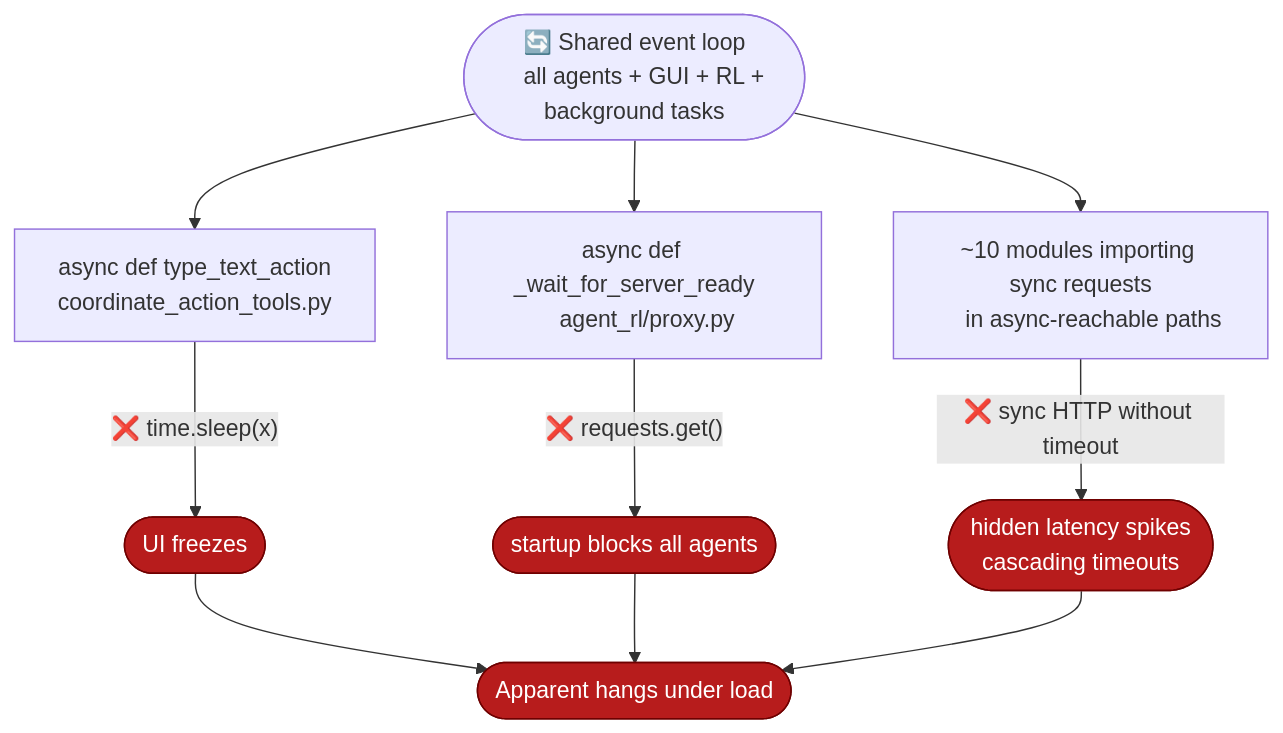
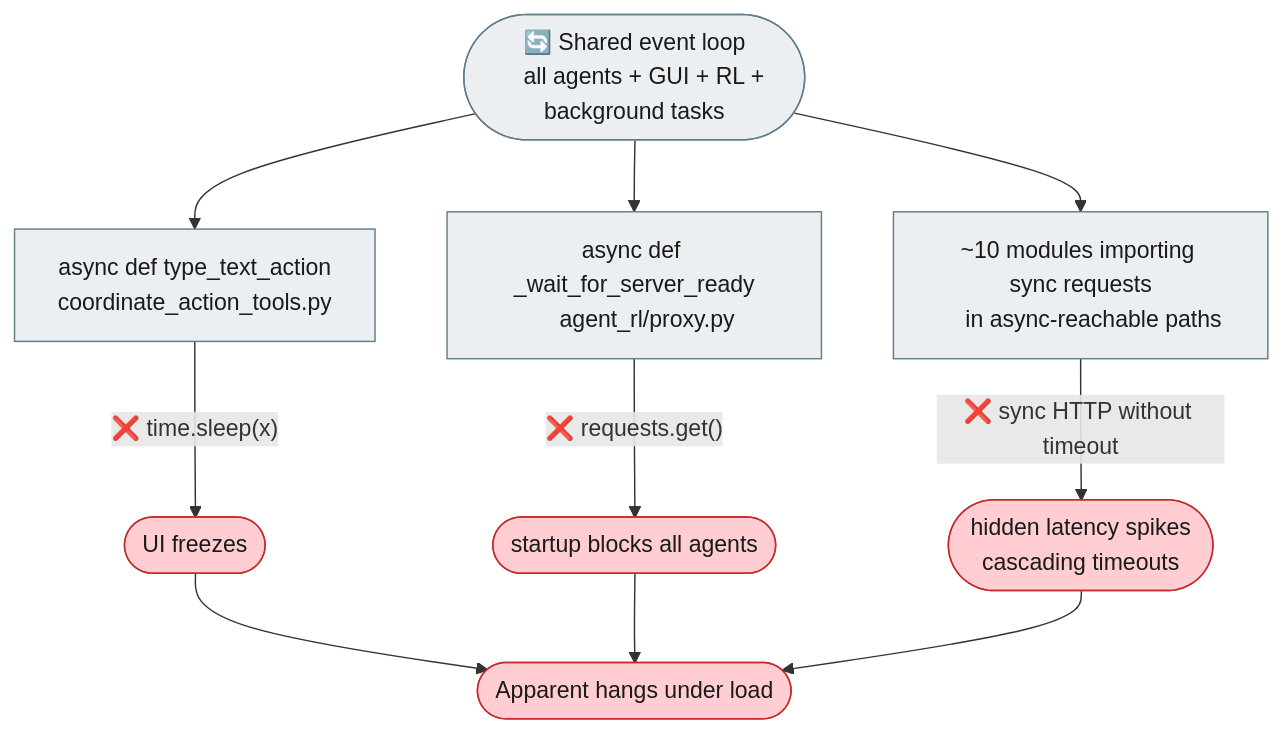
Before and after one commit to michaelatamuk/agentic-desk: the first of 2 diagrams in docs-michael/issues/01-bug-event-loop-blocking-agent-core.md, drawn with Mermaid. The commit also changed other lines of this file and 6 other files, not shown here.

````diff
--- a/docs-michael/issues/01-bug-event-loop-blocking-agent-core.md
+++ b/docs-michael/issues/01-bug-event-loop-blocking-agent-core.md
@@ -31,21 +31,22 @@
 ```mermaid
 flowchart TD
-    classDef fail fill:#B71C1C,color:#fff,stroke:#6f0000
+    classDef fail  fill:#FFCDD2,color:#1a1a1a,stroke:#C62828
+    classDef plain fill:#ECEFF1,color:#1a1a1a,stroke:#607D8B
 
     LOOP(["🔄 Shared event loop
-    all agents + GUI + RL + background tasks"])
+    all agents + GUI + RL + background tasks"]):::plain
 
     LOOP --> A["async def type_text_action
-    coordinate_action_tools.py"]
+    coordinate_action_tools.py"]:::plain
     LOOP --> B["async def _wait_for_server_ready
-    agent_rl/proxy.py"]
+    agent_rl/proxy.py"]:::plain
     LOOP --> C["~10 modules importing sync requests
-    in async-reachable paths"]
+    in async-reachable paths"]:::plain
 
     A -->|"❌ time.sleep(x)"| H1(["UI freezes"]):::fail
     B -->|"❌ requests.get()"| H2(["startup blocks all agents"]):::fail
     C -->|"❌ sync HTTP without timeout"| H3(["hidden latency spikes
     cascading timeouts"]):::fail
 
     H1 & H2 & H3 --> STALL(["Apparent hangs under load"]):::fail
 ```
````
